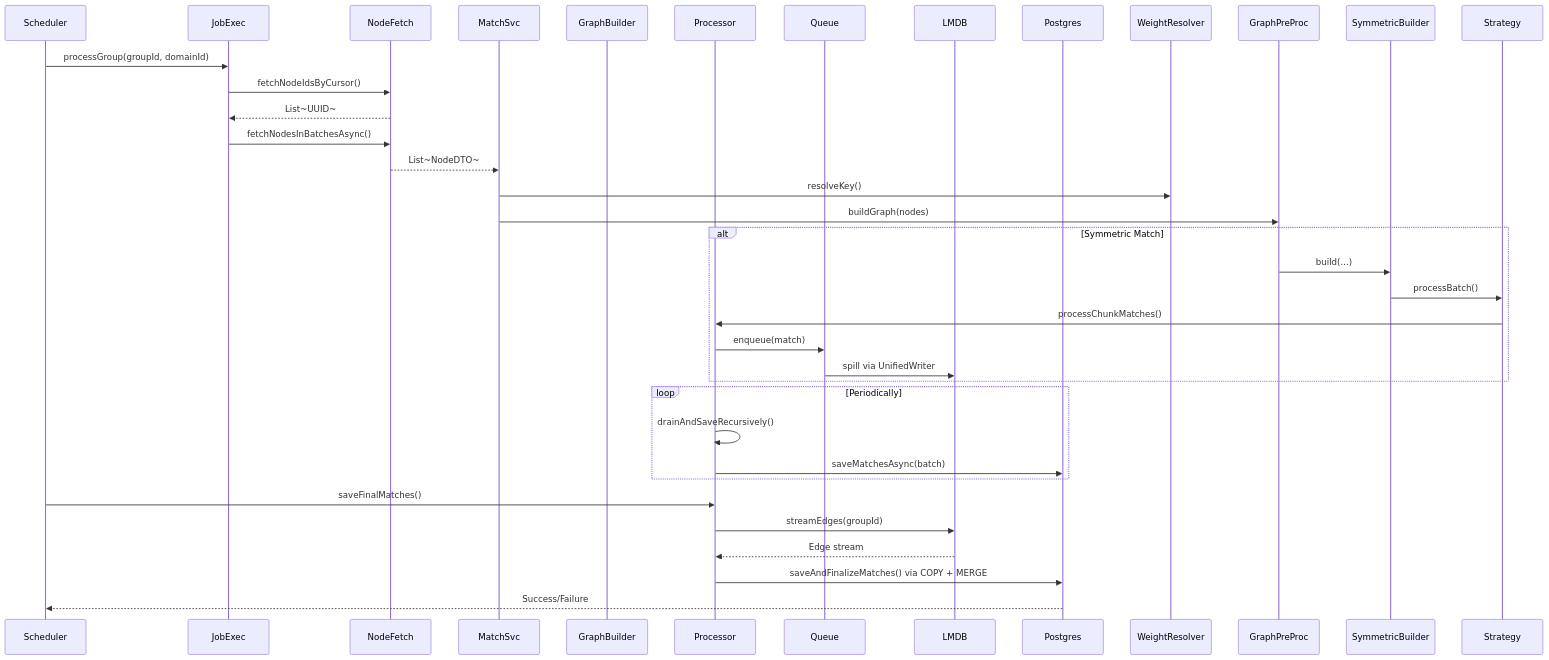
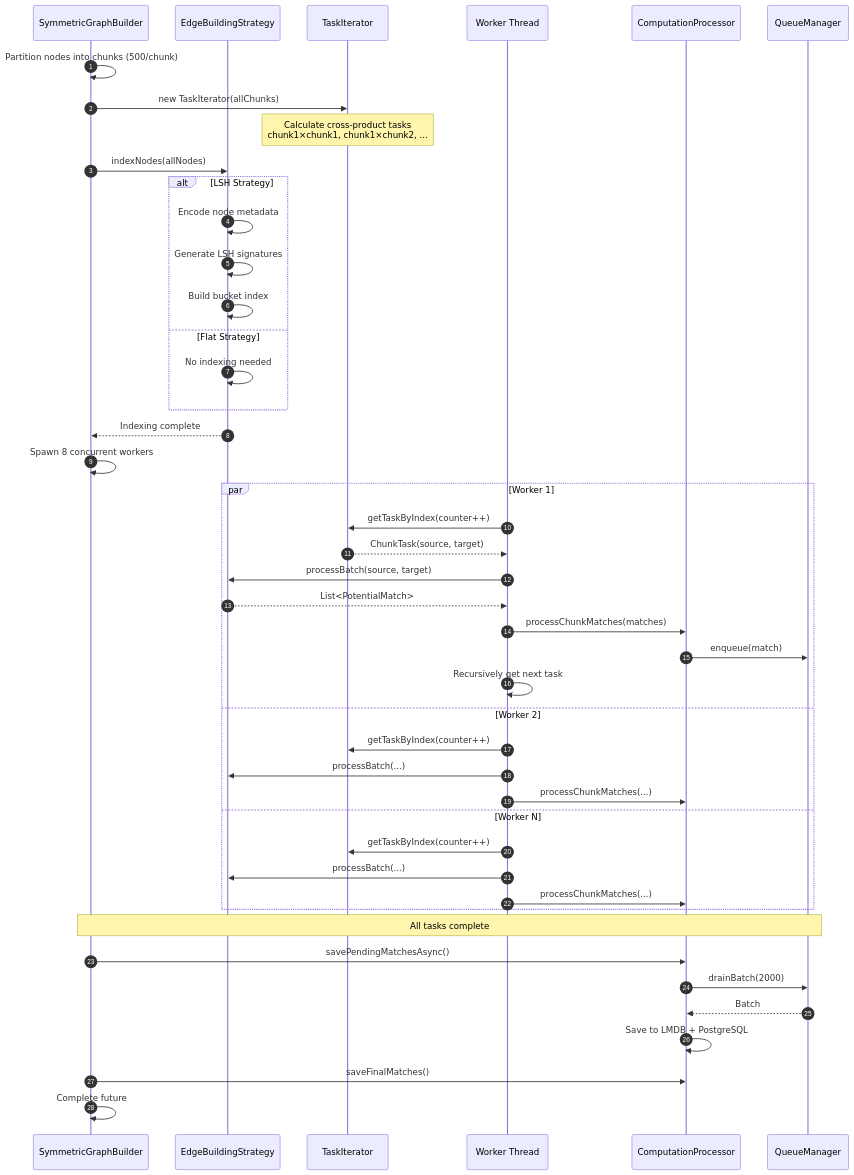
Diagram 18 of 34 in docs/Low Level Designs/ScheduledPotentialMatchesCreation.md (kagit00/schedule_x), drawn with Mermaid before and after one commit. The commit also changed other lines of this file, not shown here.

````diff
--- a/docs/Low Level Designs/ScheduledPotentialMatchesCreation.md
+++ b/docs/Low Level Designs/ScheduledPotentialMatchesCreation.md
@@ -312,39 +972,57 @@
 ```mermaid
 sequenceDiagram
-    participant Scheduler
-    participant JobExec
-    participant NodeFetch
-    participant MatchSvc
-    participant GraphBuilder
-    participant Processor
-    participant Queue
-    participant LMDB
-    participant Postgres
-
-    Scheduler->>JobExec: processGroup(groupId, domainId)
-    JobExec->>NodeFetch: fetchNodeIdsByCursor()
-    NodeFetch-->>JobExec: List~UUID~
-    JobExec->>NodeFetch: fetchNodesInBatchesAsync()
-    NodeFetch-->>MatchSvc: List~NodeDTO~
-
-    MatchSvc->>WeightResolver: resolveKey()
-    MatchSvc->>GraphPreProc: buildGraph(nodes)
-    alt Symmetric Match
-        GraphPreProc->>SymmetricBuilder: build(...)
-        SymmetricBuilder->>Strategy: processBatch()
-        Strategy->>Processor: processChunkMatches()
-        Processor->>Queue: enqueue(match)
-        Queue->>LMDB: spill via UnifiedWriter
+    autonumber
+    participant Builder as SymmetricGraphBuilder
+    participant Strategy as EdgeBuildingStrategy
+    participant Iterator as TaskIterator
+    participant Worker as Worker Thread
+    participant Proc as ComputationProcessor
+    participant Queue as QueueManager
+    
+    Builder->>Builder: Partition nodes into chunks (500/chunk)
+    Builder->>Iterator: new TaskIterator(allChunks)
+    
+    Note over Iterator: Calculate cross-product tasks<br/>chunk1×chunk1, chunk1×chunk2, ...
+    
+    Builder->>Strategy: indexNodes(allNodes)
+    
+    alt LSH Strategy
+        Strategy->>Strategy: Encode node metadata
+        Strategy->>Strategy: Generate LSH signatures
+        Strategy->>Strategy: Build bucket index
+    else Flat Strategy
+        Strategy->>Strategy: No indexing needed
     end
-
-    loop Periodically
-        Processor->>Processor: drainAndSaveRecursively()
-        Processor->>Postgres: saveMatchesAsync(batch)
+    
+    Strategy-->>Builder: Indexing complete
+    
+    Builder->>Builder: Spawn 8 concurrent workers
+    
+    par Worker 1
+        Worker->>Iterator: getTaskByIndex(counter++)
+        Iterator-->>Worker: ChunkTask(source, target)
+        Worker->>Strategy: processBatch(source, target)
+        Strategy-->>Worker: List<PotentialMatch>
+        Worker->>Proc: processChunkMatches(matches)
+        Proc->>Queue: enqueue(match)
+        Worker->>Worker: Recursively get next task
+    and Worker 2
+        Worker->>Iterator: getTaskByIndex(counter++)
+        Worker->>Strategy: processBatch(...)
+        Worker->>Proc: processChunkMatches(...)
+    and Worker N
+        Worker->>Iterator: getTaskByIndex(counter++)
+        Worker->>Strategy: processBatch(...)
+        Worker->>Proc: processChunkMatches(...)
     end
-
-    Scheduler->>Processor: saveFinalMatches()
-    Processor->>LMDB: streamEdges(groupId)
-    LMDB-->>Processor: Edge stream
-    Processor->>Postgres: saveAndFinalizeMatches() via COPY + MERGE
-    Postgres-->>Scheduler: Success/Failure
+    
+    Note over Builder,Queue: All tasks complete
+    
+    Builder->>Proc: savePendingMatchesAsync()
+    Proc->>Queue: drainBatch(2000)
+    Queue-->>Proc: Batch
+    Proc->>Proc: Save to LMDB + PostgreSQL
+    
+    Builder->>Proc: saveFinalMatches()
+    Builder->>Builder: Complete future
 ```
````
